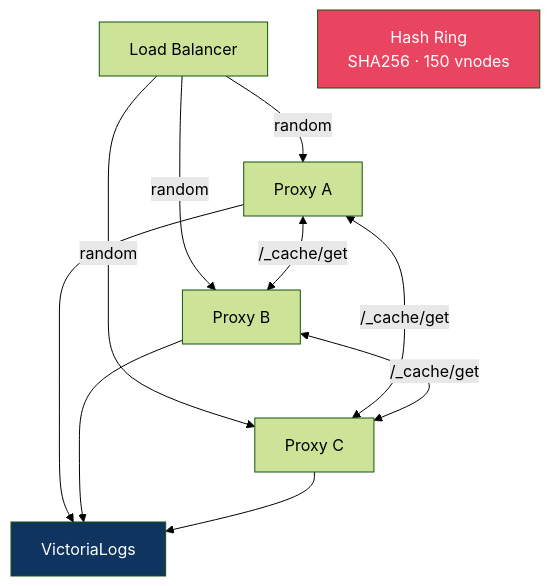
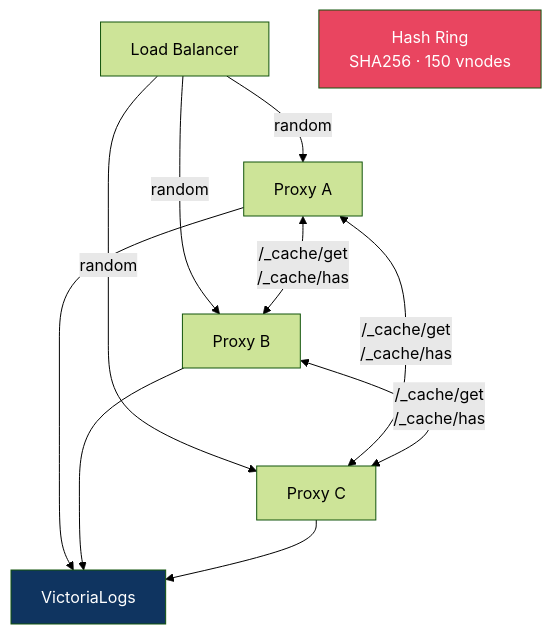
The second of 2 diagrams in docs/peer-cache-design.md (ReliablyObserve/loki-vl-proxy), drawn with Mermaid (forest theme) before and after one commit. The commit also changed other lines of this file and 1 other file, not shown here.

Commit message:
docs(fleet-cache): document startup coordination, batch peer warmup, large-fleet scaling
Adds a new major section "Startup Coordination and Fleet Restart Safety" to
fleet-cache.md covering:

- Thundering herd problem: 9 pods × 4 windows = 36 parallel VL warmup queries
- Three-layer defense: startup jitter → batch peer discovery → inter-window sleep
- /_cache/has endpoint reference: request/response format, behavior, use case
- Two-phase batch warmup algorithm with annotated sequence diagrams
- Network traffic analysis: O(P+K) vs naive O(P×K), with tables for 9/30-pod fleets
- Timeline Gantt diagram showing 30-pod rolling restart with maxJitter=20s
- Large-fleet configuration reference with jitter sizing formula
- Peer endpoint summary table (get/set/has/hot) with body-size column

Updates peer-cache-design.md to reference /_cache/has, warmup-max-jitter, and
link to the new startup coordination section.

````diff
--- a/docs/peer-cache-design.md
+++ b/docs/peer-cache-design.md
@@ -42,19 +42,19 @@
 ```mermaid
 flowchart TD
     LB["Load Balancer"] -->|random| PA["Proxy A"]
     LB -->|random| PB["Proxy B"]
     LB -->|random| PC["Proxy C"]
 
-    PA <-->|"/_cache/get"| PB
-    PA <-->|"/_cache/get"| PC
-    PB <-->|"/_cache/get"| PC
+    PA <-->|"/_cache/get\n/_cache/has"| PB
+    PA <-->|"/_cache/get\n/_cache/has"| PC
+    PB <-->|"/_cache/get\n/_cache/has"| PC
 
     PA --> VL["VictoriaLogs"]
     PB --> VL
     PC --> VL
 
     HR["Hash Ring<br/>SHA256 · 150 vnodes"]
 
     style HR fill:#e94560,color:#fff
     style VL fill:#0f3460,color:#fff
 ```
````
